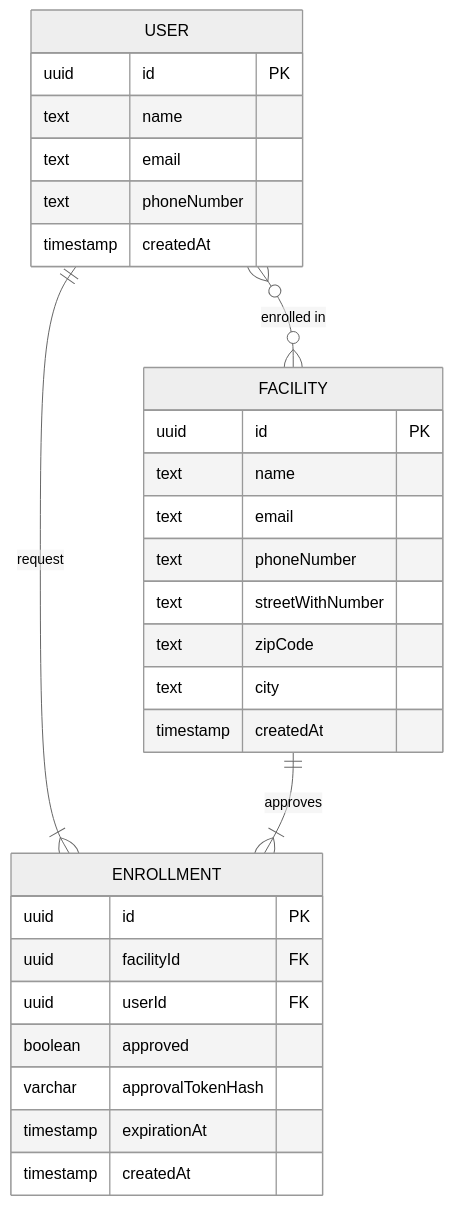
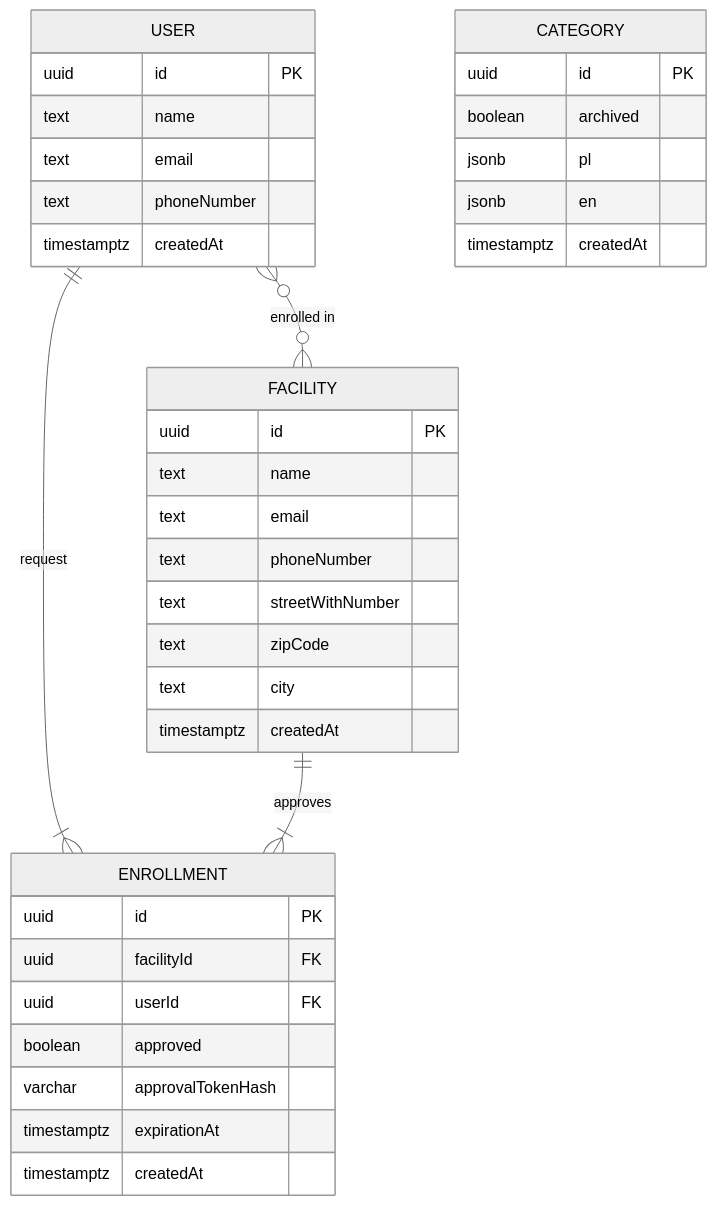
Before and after one commit to tbekas/przekazpacjenta: the diagram in docs/er-model.md, drawn with Mermaid (neutral theme). The commit also changed 17 other files, not shown here.

````diff
--- a/docs/er-model.md
+++ b/docs/er-model.md
@@ -11,32 +11,39 @@
 ```mermaid
 erDiagram
   USER ||--|{ ENROLLMENT : request
   FACILITY ||--|{ ENROLLMENT : approves
   USER }o--o{ FACILITY : "enrolled in"
   USER {
     uuid id PK
     text name
     text email
     text phoneNumber
-    timestamp createdAt
+    timestamptz createdAt
   }
   FACILITY {
     uuid id PK
     text name
     text email
     text phoneNumber
     text streetWithNumber
     text zipCode
     text city
-    timestamp createdAt
+    timestamptz createdAt
   }
   ENROLLMENT {
     uuid id PK
     uuid facilityId FK
     uuid userId FK
     boolean approved
     varchar approvalTokenHash
-    timestamp expirationAt
-    timestamp createdAt
+    timestamptz expirationAt
+    timestamptz createdAt
+  }
+  CATEGORY {
+    uuid id PK
+    boolean archived
+    jsonb pl
+    jsonb en
+    timestamptz createdAt
   }
 ```
````
